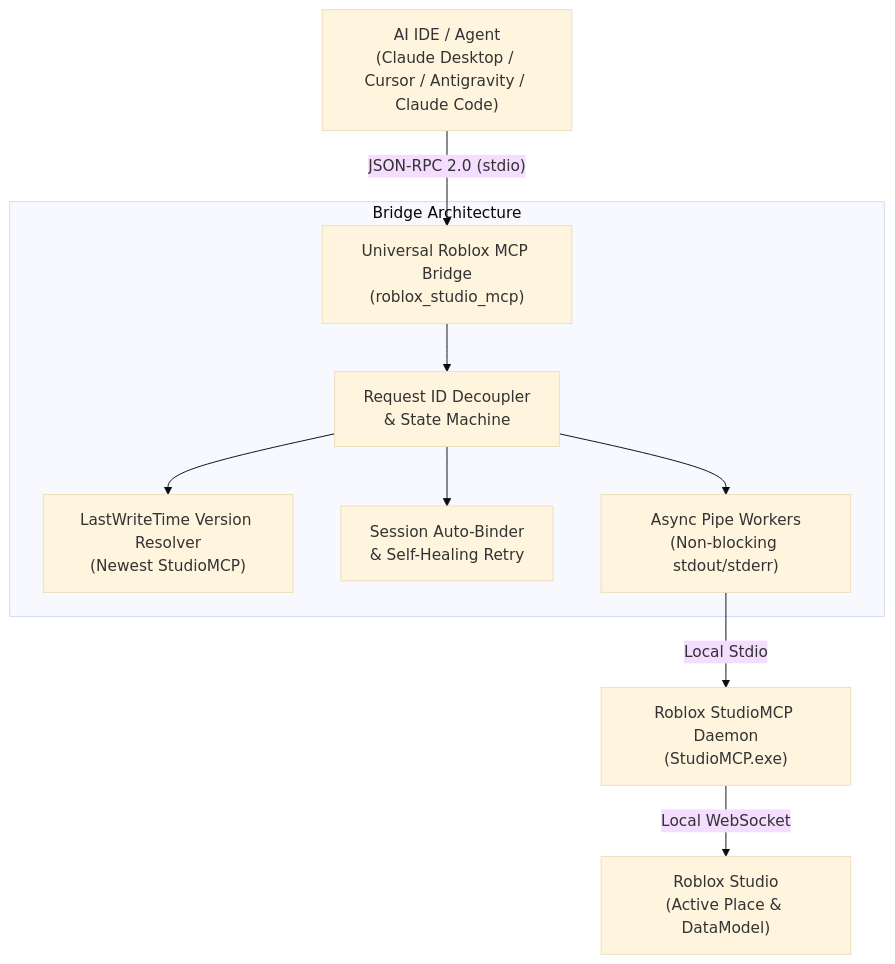
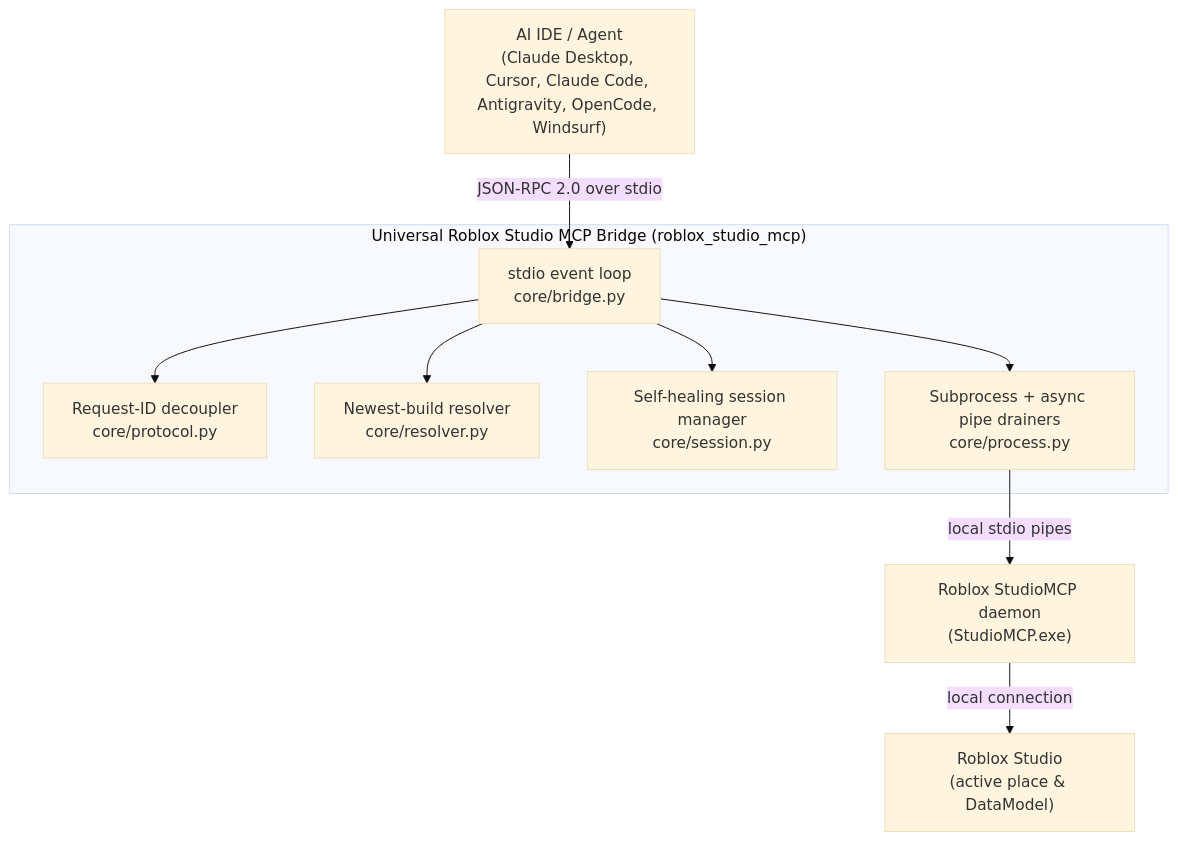
The diagram in README.md (Cpleasance/roblox-studio-mcp-bridge), drawn with Mermaid (base theme) before and after one commit. The commit also changed other lines of this file and 35 other files, not shown here.

````diff
--- a/README.md
+++ b/README.md
@@ -28,15 +52,20 @@
 ```mermaid
 flowchart TD
-    Host["AI IDE / Agent\n(Claude Desktop / Cursor / Antigravity / Claude Code)"] 
-    Host -- "JSON-RPC 2.0 (stdio)" --> Bridge["Universal Roblox MCP Bridge\n(roblox_studio_mcp)"]
-    
-    subgraph "Bridge Architecture"
-        Bridge --> Decoupler["Request ID Decoupler\n& State Machine"]
-        Decoupler --> Resolver["LastWriteTime Version Resolver\n(Newest StudioMCP)"]
-        Decoupler --> Session["Session Auto-Binder\n& Self-Healing Retry"]
-        Decoupler --> Threads["Async Pipe Workers\n(Non-blocking stdout/stderr)"]
+    Host["AI IDE / Agent<br>(Claude Desktop, Cursor, Claude Code, Antigravity, OpenCode, Windsurf)"]
+    Host -- "JSON-RPC 2.0 over stdio" --> Loop
+
+    subgraph bridge ["Universal Roblox Studio MCP Bridge (roblox_studio_mcp)"]
+        Loop["stdio event loop<br>core/bridge.py"]
+        Decoupler["Request-ID decoupler<br>core/protocol.py"]
+        Resolver["Newest-build resolver<br>core/resolver.py"]
+        Session["Self-healing session manager<br>core/session.py"]
+        Proc["Subprocess + async pipe drainers<br>core/process.py"]
+        Loop --> Decoupler
+        Loop --> Resolver
+        Loop --> Session
+        Loop --> Proc
     end
-    
-    Threads -- "Local Stdio" --> StudioMCP["Roblox StudioMCP Daemon\n(StudioMCP.exe)"]
-    StudioMCP -- "Local WebSocket" --> Studio["Roblox Studio\n(Active Place & DataModel)"]
+
+    Proc -- "local stdio pipes" --> StudioMCP["Roblox StudioMCP daemon<br>(StudioMCP.exe)"]
+    StudioMCP -- "local connection" --> Studio["Roblox Studio<br>(active place & DataModel)"]
 ```
````
